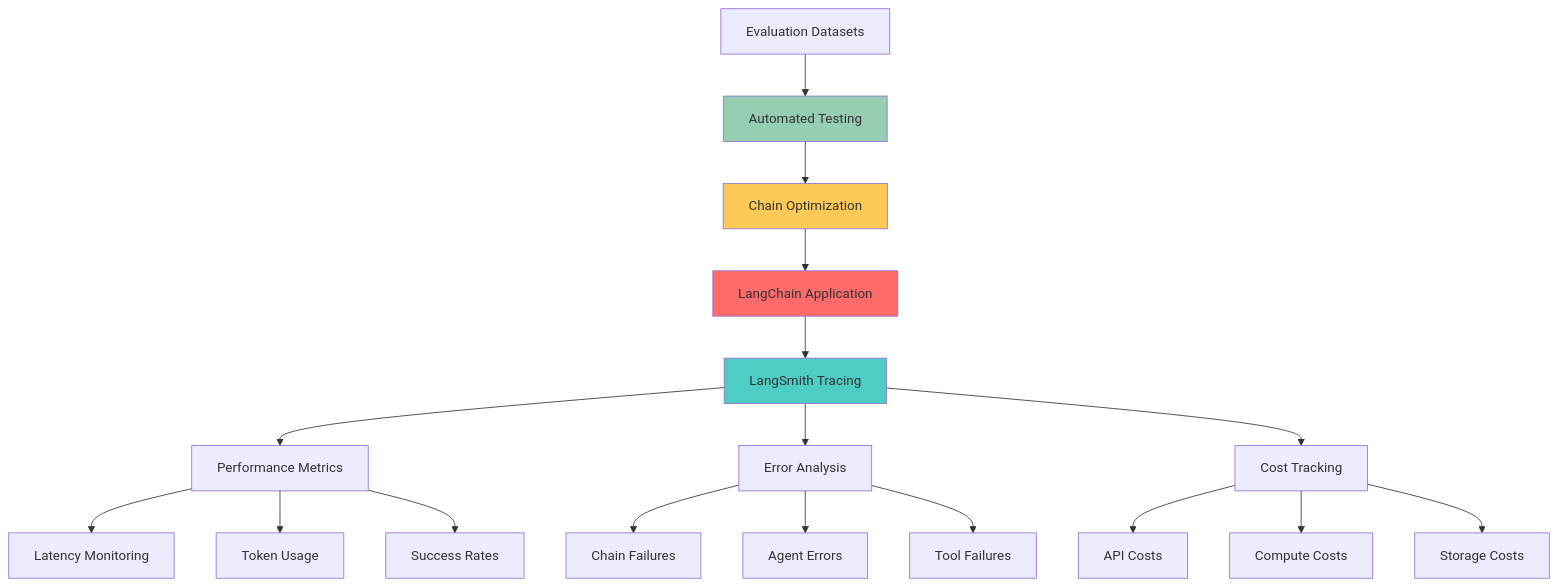
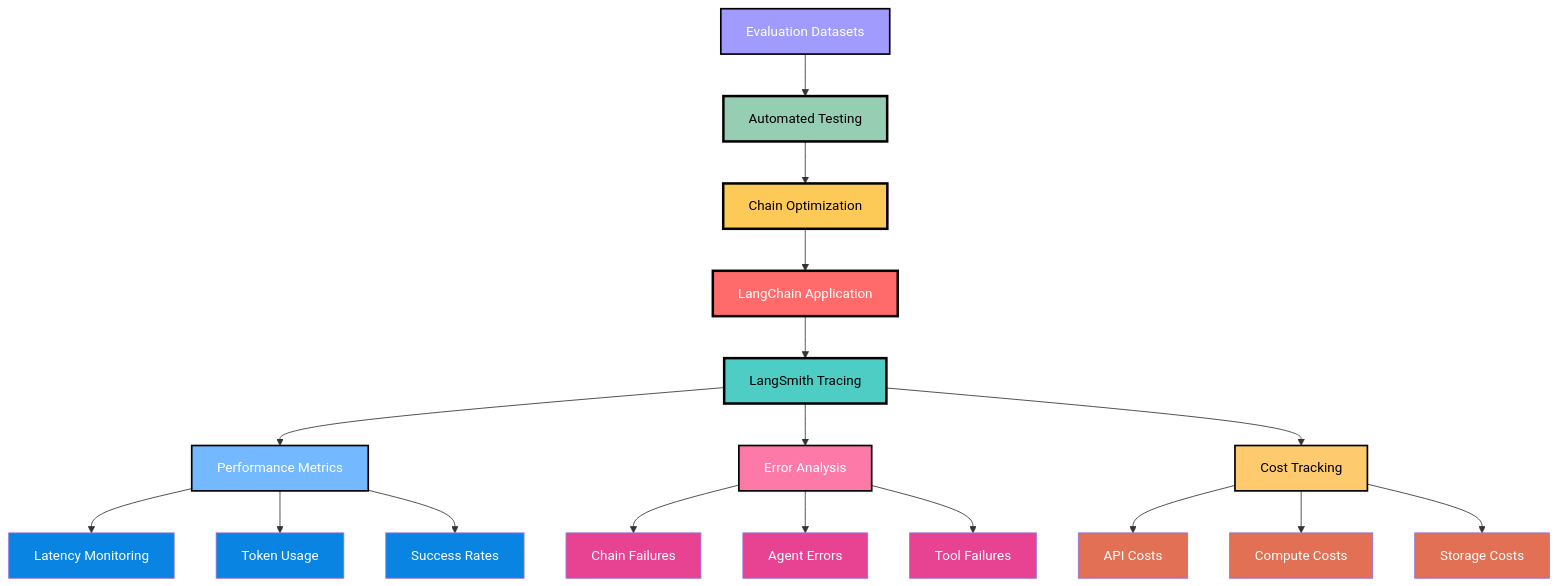
Before and after one commit to MicrosoftStudentChapter/Tech-Resources: the seventh of 10 diagrams in AI resources.md, drawn with Mermaid. The commit also changed other lines of this file, not shown here.

````diff
--- a/AI resources.md
+++ b/AI resources.md
@@ -744,28 +785,44 @@
 ```mermaid
 graph TD
     A[LangChain Application] --> B[LangSmith Tracing]
     B --> C[Performance Metrics]
     B --> D[Error Analysis]
     B --> E[Cost Tracking]
     
     C --> C1[Latency Monitoring]
     C --> C2[Token Usage]
     C --> C3[Success Rates]
     
     D --> D1[Chain Failures]
     D --> D2[Agent Errors]
     D --> D3[Tool Failures]
     
     E --> E1[API Costs]
     E --> E2[Compute Costs]
     E --> E3[Storage Costs]
     
     F[Evaluation Datasets] --> G[Automated Testing]
     G --> H[Chain Optimization]
     H --> A
     
-    style A fill:#ff6b6b
-    style B fill:#4ecdc4
-    style G fill:#96ceb4
-    style H fill:#feca57
+    style A fill:#ff6b6b,stroke:#000,stroke-width:3px,color:#fff
+    style B fill:#4ecdc4,stroke:#000,stroke-width:3px,color:#000
+    style C fill:#74b9ff,stroke:#000,stroke-width:2px,color:#fff
+    style D fill:#fd79a8,stroke:#000,stroke-width:2px,color:#fff
+    style E fill:#fdcb6e,stroke:#000,stroke-width:2px,color:#000
+    style F fill:#a29bfe,stroke:#000,stroke-width:2px,color:#fff
+    style G fill:#96ceb4,stroke:#000,stroke-width:3px,color:#000
+    style H fill:#feca57,stroke:#000,stroke-width:3px,color:#000
+    
+    style C1 fill:#0984e3,color:#fff
+    style C2 fill:#0984e3,color:#fff
+    style C3 fill:#0984e3,color:#fff
+    
+    style D1 fill:#e84393,color:#fff
+    style D2 fill:#e84393,color:#fff
+    style D3 fill:#e84393,color:#fff
+    
+    style E1 fill:#e17055,color:#fff
+    style E2 fill:#e17055,color:#fff
+    style E3 fill:#e17055,color:#fff
 ```
````
